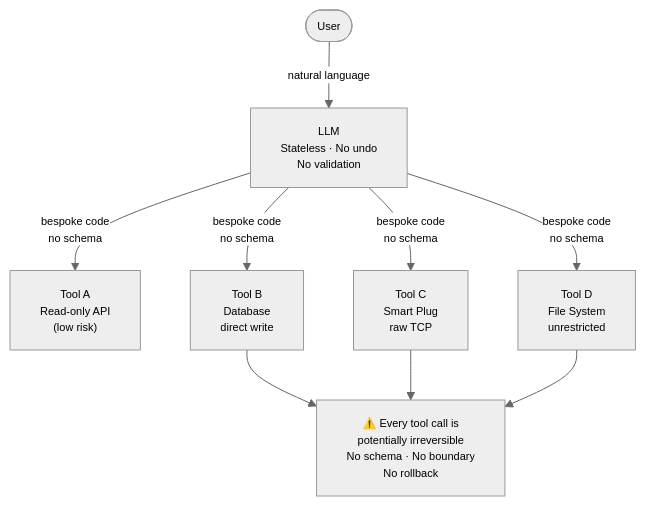
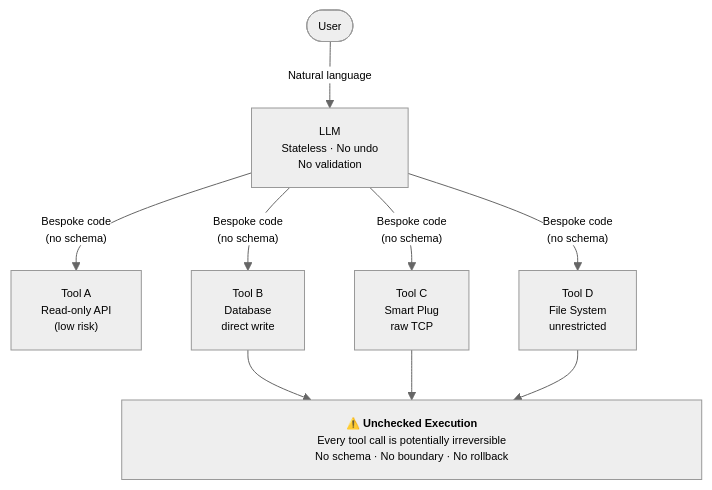
One commit to the-write-path-code/ch08-model-context-protocol changed the first of 8 diagrams in workflow/workflow.md. Above: the diagram before and after it, drawn with Mermaid. The commit also changed other lines of this file, not shown here.

Commit message:
Update Diagram 8.1a and 8.1b to polished production layouts

````diff
--- a/workflow/workflow.md
+++ b/workflow/workflow.md
@@ -17,19 +17,10 @@
 ```mermaid
 %%{init: {"theme": "neutral", "themeVariables": {"fontFamily": "Arial, Helvetica, sans-serif", "fontSize": "11px", "actorFontSize": "11px", "noteFontSize": "10px", "messageFontSize": "10px"}}}%%
 flowchart TD
-    U(["User"])
-    LLM["LLM\nStateless · No undo\nNo validation"]
-    T1["Tool A\nRead-only API\n(low risk)"]
-    T2["Tool B\nDatabase\ndirect write"]
-    T3["Tool C\nSmart Plug\nraw TCP"]
-    T4["Tool D\nFile System\nunrestricted"]
-    WARN["⚠️ Every tool call is\npotentially irreversible\nNo schema · No boundary\nNo rollback"]
-
-    U -->|natural language| LLM
-    LLM -->|"bespoke code\nno schema"| T1
-    LLM -->|"bespoke code\nno schema"| T2
-    LLM -->|"bespoke code\nno schema"| T3
-    LLM -->|"bespoke code\nno schema"| T4
-    T2 & T3 & T4 --> WARN
-
+    U(["User"]) -->|"Natural language"| LLM["LLM<br/>Stateless · No undo<br/>No validation"]
+    LLM -->|"Bespoke code<br/>(no schema)"| T1["Tool A<br/>Read-only API<br/>(low risk)"]
+    LLM -->|"Bespoke code<br/>(no schema)"| T2["Tool B<br/>Database<br/>direct write"]
+    LLM -->|"Bespoke code<br/>(no schema)"| T3["Tool C<br/>Smart Plug<br/>raw TCP"]
+    LLM -->|"Bespoke code<br/>(no schema)"| T4["Tool D<br/>File System<br/>unrestricted"]
+    T2 & T3 & T4 --> WARN["<div style='min-width: 520px;'>⚠️ <b>Unchecked Execution</b><br/>Every tool call is potentially irreversible<br/>No schema · No boundary · No rollback</div>"]
 ```
````
